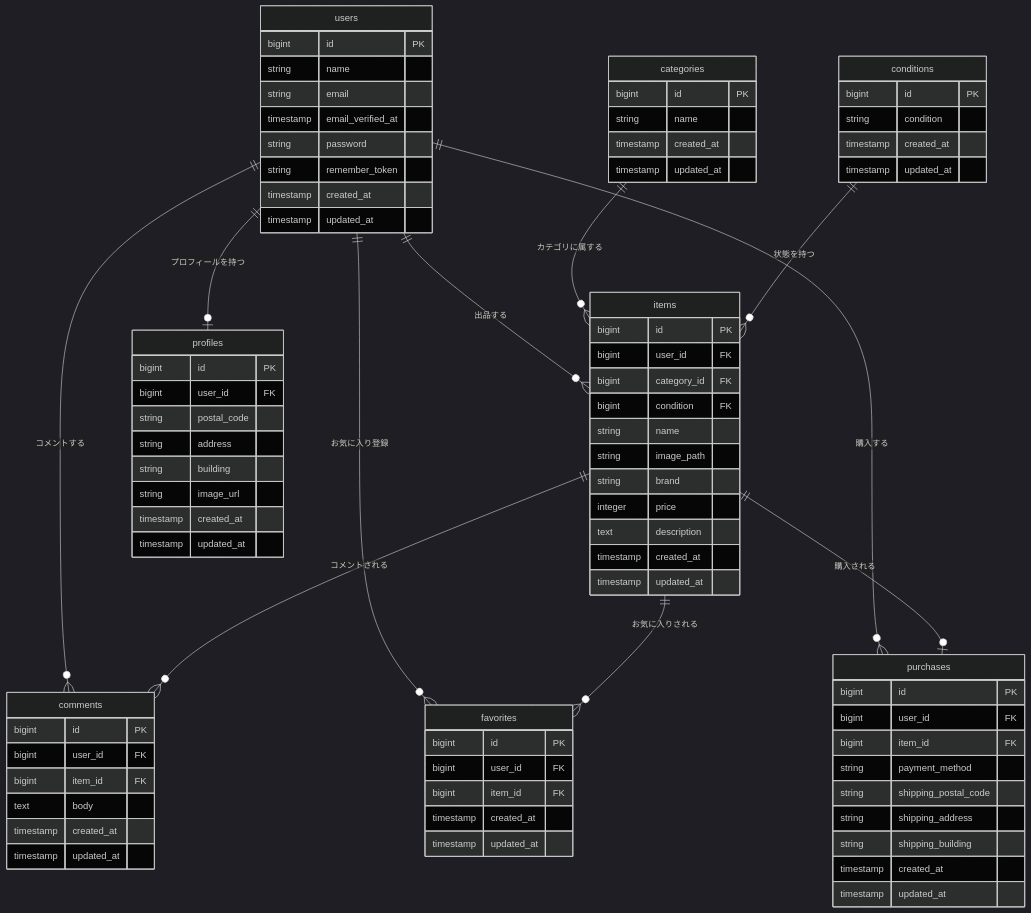
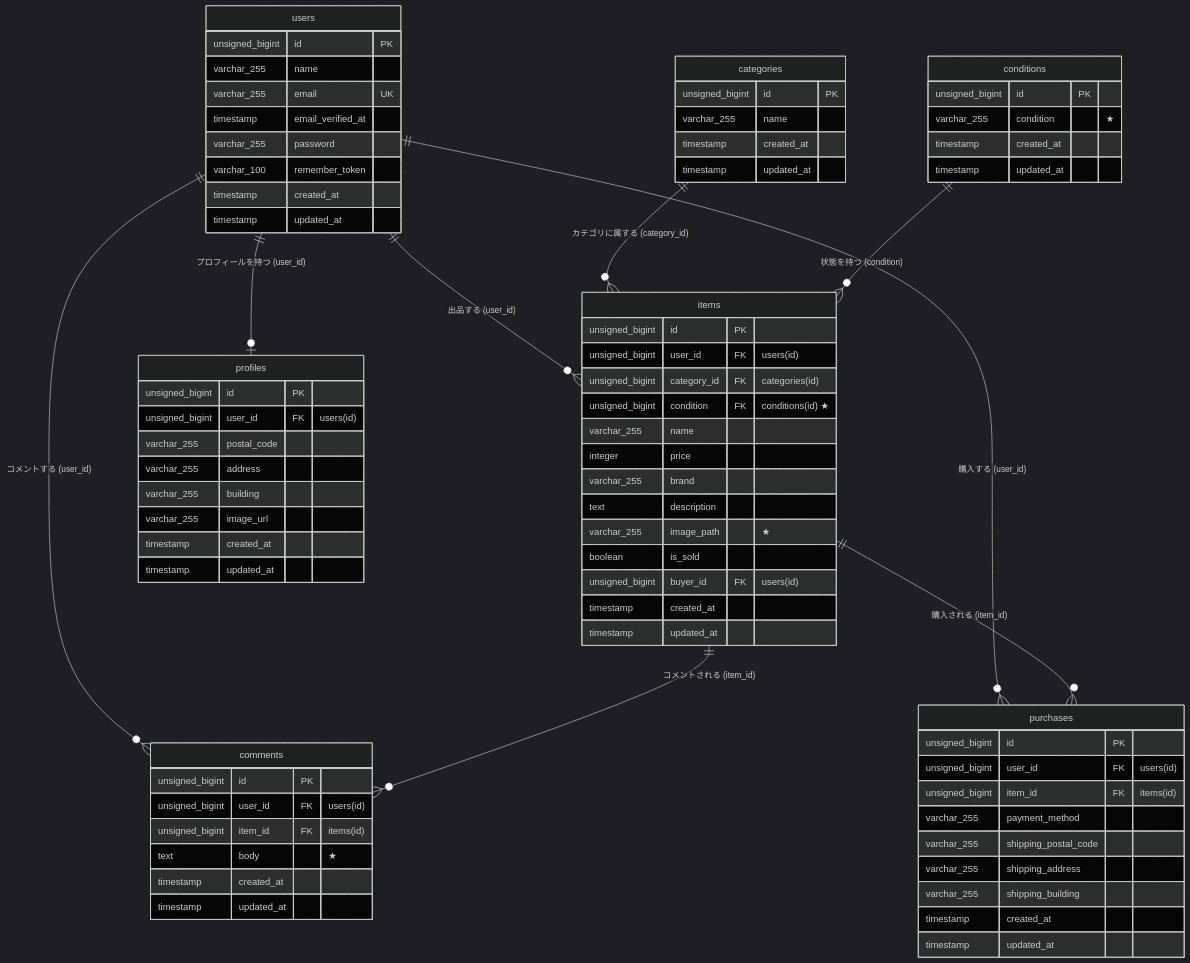
One commit to misudakei-collab/test.2 changed the diagram in README.md. Above: the diagram before and after it, drawn with Mermaid (dark theme).

````diff
--- a/README.md
+++ b/README.md
@@ -108,94 +108,87 @@
 ```mermaid
 erDiagram
-    users ||--o{ items : "出品する"
-    users ||--o{ comments : "コメントする"
-    users ||--o{ favorites : "お気に入り登録"
-    users ||--o{ purchases : "購入する"
-    users ||--o| profiles : "プロフィールを持つ"
-
-    categories ||--o{ items : "カテゴリに属する"
-    conditions ||--o{ items : "状態を持つ"
-
-    items ||--o{ comments : "コメントされる"
-    items ||--o{ favorites : "お気に入りされる"
-    items ||--o| purchases : "購入される"
+    users ||--o{ items : "出品する (user_id)"
+    users ||--o{ comments : "コメントする (user_id)"
+    users ||--o{ purchases : "購入する (user_id)"
+    users ||--o| profiles : "プロフィールを持つ (user_id)"
+    
+    categories ||--o{ items : "カテゴリに属する (category_id)"
+    conditions ||--o{ items : "状態を持つ (condition)"
+    
+    items ||--o{ comments : "コメントされる (item_id)"
+    items ||--o{ purchases : "購入される (item_id)"
 
     users {
-        bigint id PK
-        string name
-        string email
+        unsigned_bigint id PK
+        varchar_255 name
+        varchar_255 email UK
         timestamp email_verified_at
-        string password
-        string remember_token
+        varchar_255 password
+        varchar_100 remember_token
         timestamp created_at
         timestamp updated_at
     }
 
     profiles {
-        bigint id PK
-        bigint user_id FK
-        string postal_code
-        string address
-        string building
-        string image_url
+        unsigned_bigint id PK
+        unsigned_bigint user_id FK "users(id)"
+        varchar_255 postal_code
+        varchar_255 address
+        varchar_255 building
+        varchar_255 image_url
         timestamp created_at
         timestamp updated_at
     }
 
     items {
-        bigint id PK
-        bigint user_id FK
-        bigint category_id FK
-        bigint condition FK
-        string name
-        string image_path
-        string brand
+        unsigned_bigint id PK
+        unsigned_bigint user_id FK "users(id)"
+        unsigned_bigint category_id FK "categories(id)"
+        unsigned_bigint condition FK "conditions(id) ★"
+        varchar_255 name
         integer price
+        varchar_255 brand
         text description
+        varchar_255 image_path "★"
+        boolean is_sold
+        unsigned_bigint buyer_id FK "users(id)"
         timestamp created_at
         timestamp updated_at
     }
 
     categories {
-        bigint id PK
-        string name
+        unsigned_bigint id PK
+        varchar_255 name
         timestamp created_at
         timestamp updated_at
     }
 
     conditions {
-        bigint id PK
-        string condition
+        unsigned_bigint id PK
+        varchar_255 condition "★"
         timestamp created_at
         timestamp updated_at
     }
 
     comments {
-        bigint id PK
-        bigint user_id FK
-        bigint item_id FK
-        text body
-        timestamp created_at
-        timestamp updated_at
-    }
-
-    favorites {
-        bigint id PK
-        bigint user_id FK
-        bigint item_id FK
+        unsigned_bigint id PK
+        unsigned_bigint user_id FK "users(id)"
+        unsigned_bigint item_id FK "items(id)"
+        text body "★"
         timestamp created_at
         timestamp updated_at
     }
 
     purchases {
-        bigint id PK
-        bigint user_id FK
-        bigint item_id FK
-        string payment_method
-        string shipping_postal_code
-        string shipping_address
-        string shipping_building
+        unsigned_bigint id PK
+        unsigned_bigint user_id FK "users(id)"
+        unsigned_bigint item_id FK "items(id)"
+        varchar_255 payment_method
+        varchar_255 shipping_postal_code
+        varchar_255 shipping_address
+        varchar_255 shipping_building
         timestamp created_at
         timestamp updated_at
     }
+
 ```
````
